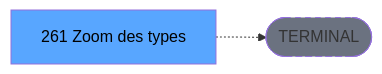
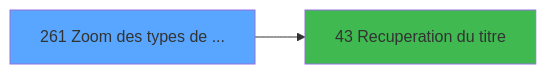
The third of 3 diagrams in .openspec/specs/ADH-IDE-261.md (thonyAGP/magic-migration), drawn with Mermaid before and after one commit. The commit also changed other lines of this file and 493 other files, not shown here.

````diff
--- a/.openspec/specs/ADH-IDE-261.md
+++ b/.openspec/specs/ADH-IDE-261.md
@@ -139,8 +198,8 @@
 ```mermaid
 graph LR
-    T[261 Zoom des types ]
-    TERM([TERMINAL])
-    T -.-> TERM
-    style TERM fill:#6b7280,stroke-dasharray: 5 5
-    style T fill:#58a6ff,color:#000
+    T261[261 Zoom des types de ...]
+    style T261 fill:#58a6ff
+    C43[43 Recuperation du titre]
+    T261 --> C43
+    style C43 fill:#3fb950
 ```
````
